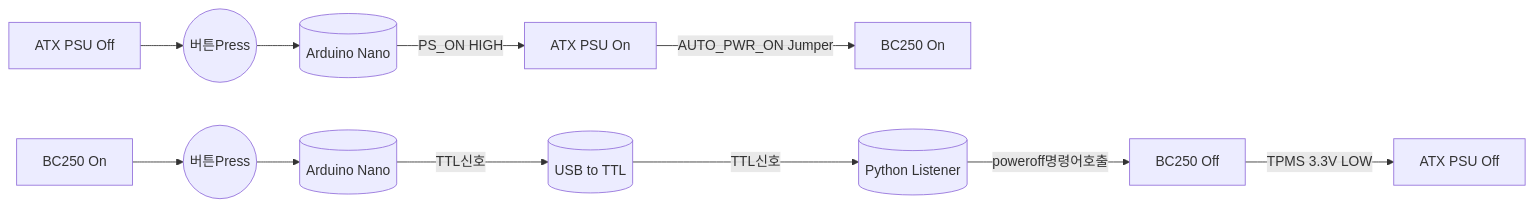
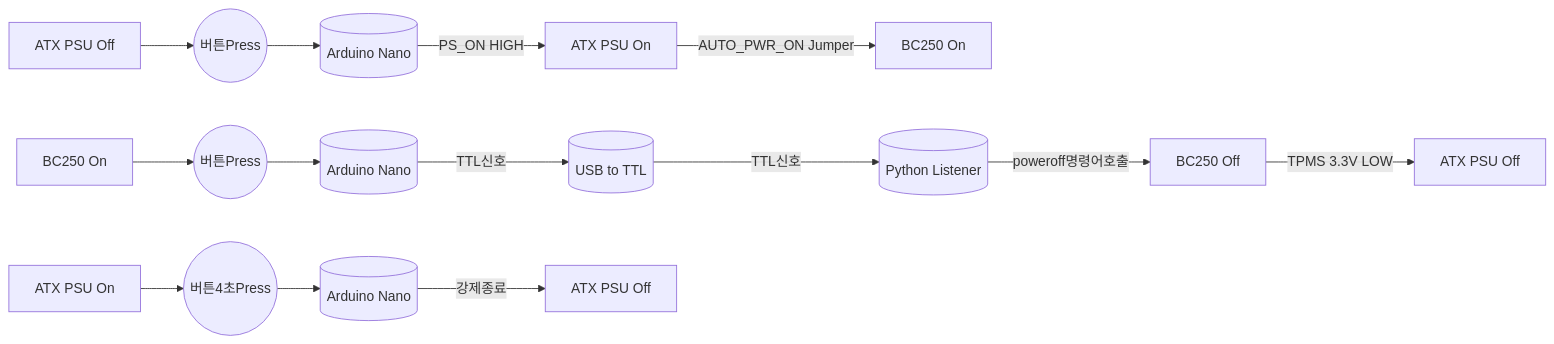
The first of 2 diagrams in README.md (coolsolgit/BC250-ATX-PSU-Control), drawn with Mermaid before and after one commit.

````diff
--- a/README.md
+++ b/README.md
@@ -23,14 +23,18 @@
 ```mermaid
 flowchart LR
 A1[ATX PSU Off] --> B1((버튼Press))
   B1 --> C1[(Arduino Nano)]
   C1 -->|PS_ON HIGH| D1[ATX PSU On]
   D1 -->|AUTO_PWR_ON Jumper| E1[BC250 On]
 A2[BC250 On] --> B2((버튼Press))
   B2 --> C2[(Arduino Nano)]
   C2 -->|TTL신호| D2[(USB to TTL)]
   D2 -->|TTL신호| E2[(Python Listener)]
   E2 -->|poweroff명령어호출| F2[BC250 Off]
   F2 -->|TPMS 3.3V LOW| G2[ATX PSU Off]
+A3[ATX PSU On] --> B3((버튼4초Press))
+  B3 --> C3[(Arduino Nano)]
+  C3 -->|강제종료| D3[ATX PSU Off]
+
 
 ```
````
